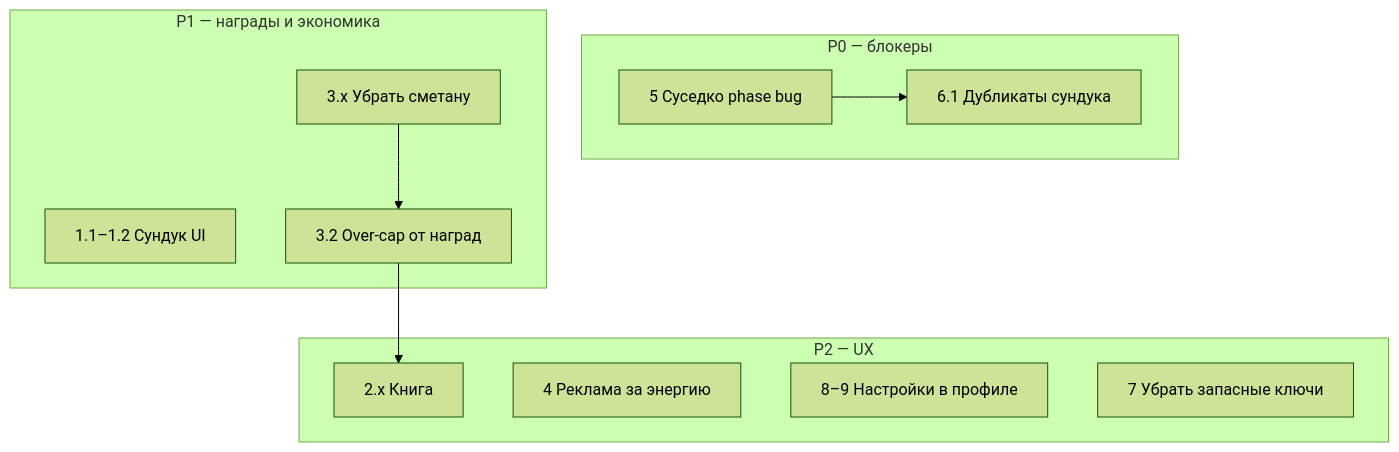
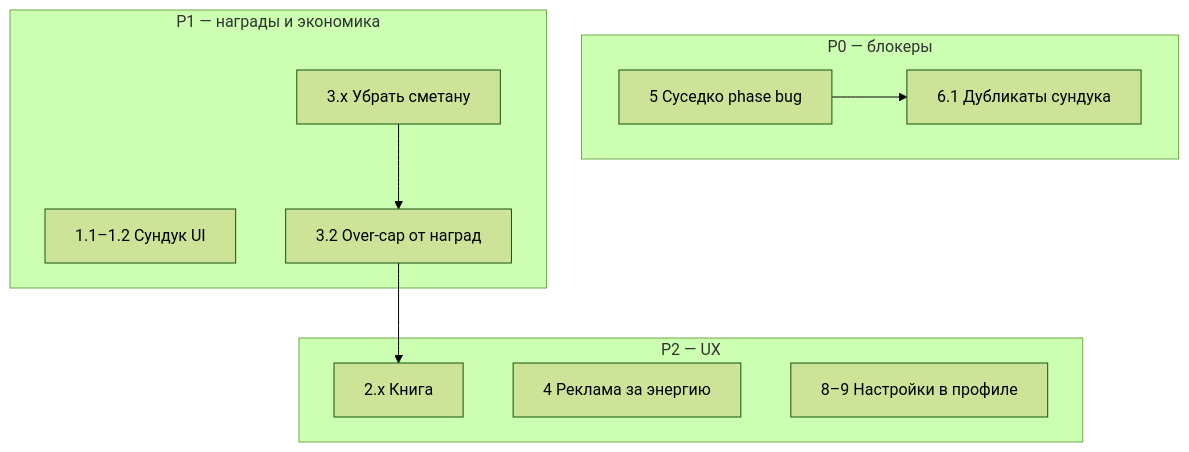
One commit to ilya6300/slavic_myths changed the diagram in instruction/plans/итерация_исправлений_e29f4002.plan.md. Above: the diagram before and after it, drawn with Mermaid (forest theme). The commit also changed other lines of this file and 52 other files, not shown here.

````diff
--- a/instruction/plans/итерация_исправлений_e29f4002.plan.md
+++ b/instruction/plans/итерация_исправлений_e29f4002.plan.md
@@ -36,21 +36,20 @@
 ```mermaid
 flowchart TD
   subgraph p0 [P0 — блокеры]
     Susedko[5 Суседко phase bug]
     ChestDup[6.1 Дубликаты сундука]
   end
   subgraph p1 [P1 — награды и экономика]
     ChestUI[1.1–1.2 Сундук UI]
     Smetana[3.x Убрать сметану]
     EnergyCap[3.2 Over-cap от наград]
   end
   subgraph p2 [P2 — UX]
     Book[2.x Книга]
     EnergyAd[4 Реклама за энергию]
     Profile[8–9 Настройки в профиле]
-    RemoveKeys[7 Убрать запасные ключи]
   end
   Susedko --> ChestDup
   Smetana --> EnergyCap
   EnergyCap --> Book
 ```
````
